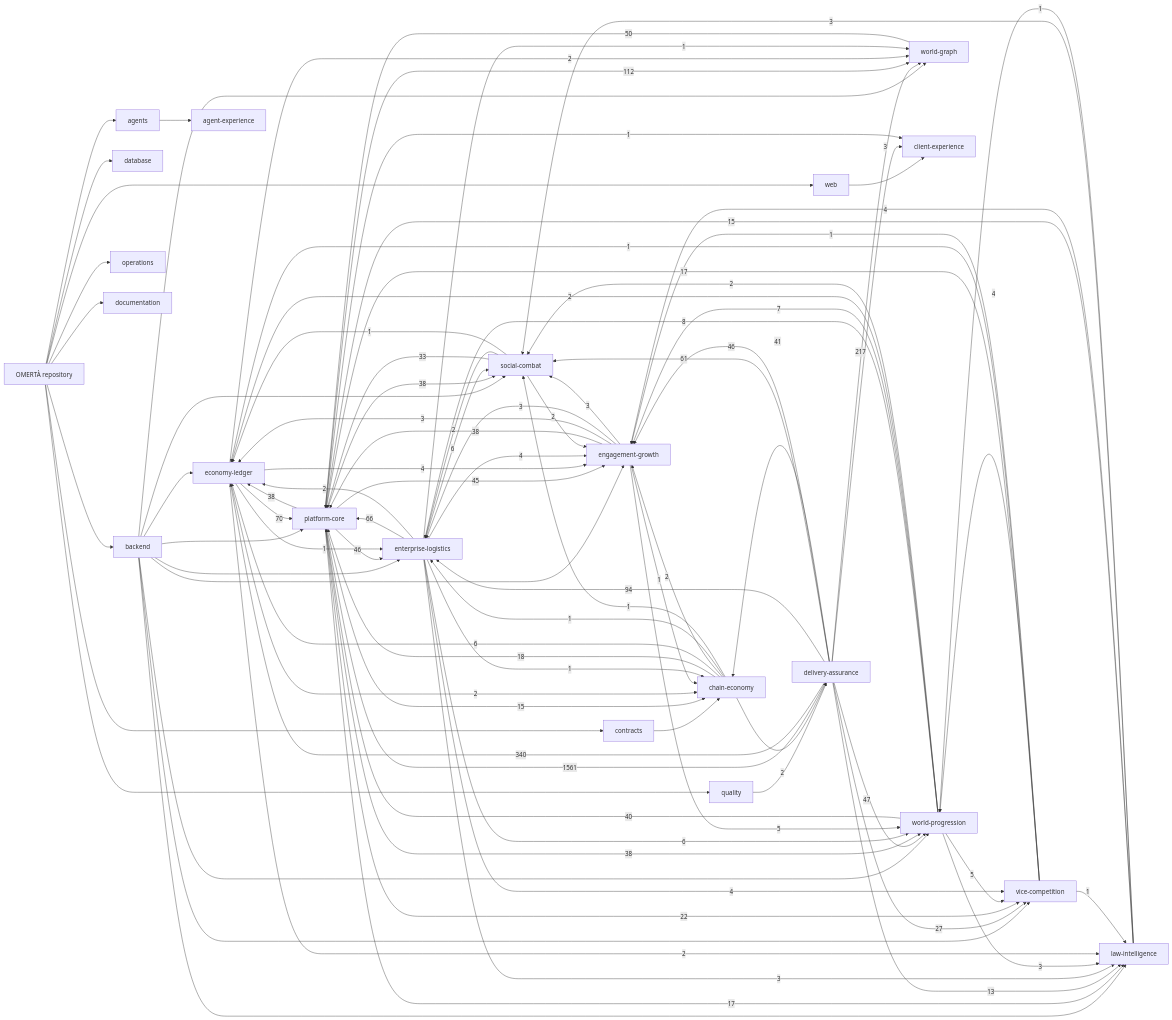
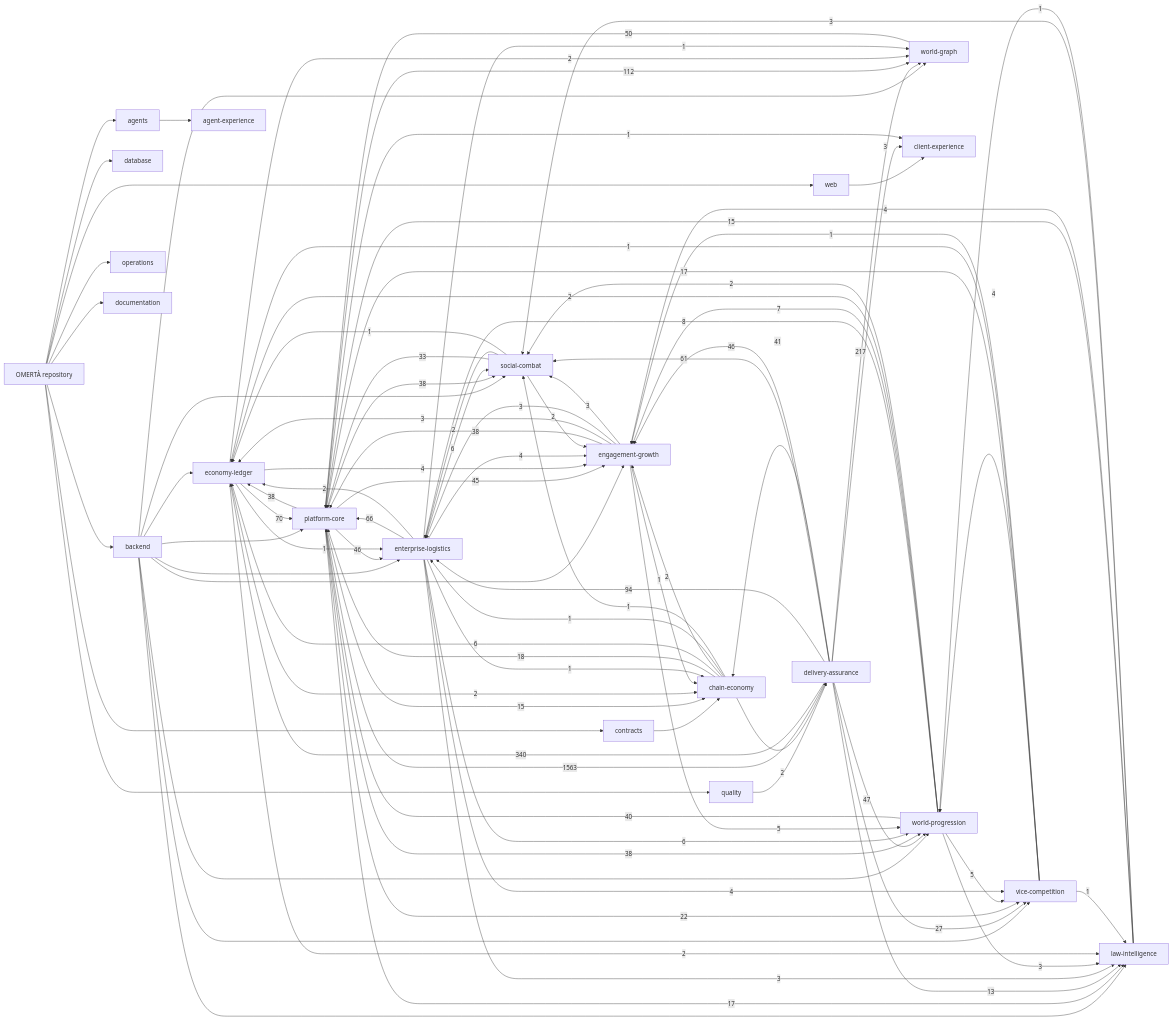
One commit to OmertaDev/Omerta changed the diagram in knowledge/generated/graph.mmd. Above: the diagram before and after it, drawn with Mermaid. The commit also changed 6 other files, not shown here.

```diff
--- a/knowledge/generated/graph.mmd
+++ b/knowledge/generated/graph.mmd
@@ -1,113 +1,113 @@
 flowchart LR
   repo["OMERTÀ repository"]
   sub_backend["backend"]
   repo --> sub_backend
   sub_database["database"]
   repo --> sub_database
   sub_web["web"]
   repo --> sub_web
   sub_contracts["contracts"]
   repo --> sub_contracts
   sub_agents["agents"]
   repo --> sub_agents
   sub_quality["quality"]
   repo --> sub_quality
   sub_operations["operations"]
   repo --> sub_operations
   sub_documentation["documentation"]
   repo --> sub_documentation
   dom_platform-core["platform-core"]
   dom_economy-ledger["economy-ledger"]
   dom_social-combat["social-combat"]
   dom_world-progression["world-progression"]
   dom_world-graph["world-graph"]
   dom_enterprise-logistics["enterprise-logistics"]
   dom_vice-competition["vice-competition"]
   dom_law-intelligence["law-intelligence"]
   dom_chain-economy["chain-economy"]
   dom_engagement-growth["engagement-growth"]
   dom_client-experience["client-experience"]
   dom_agent-experience["agent-experience"]
   dom_delivery-assurance["delivery-assurance"]
   sub_agents --> dom_agent-experience
   sub_backend --> dom_economy-ledger
   sub_backend --> dom_engagement-growth
   sub_backend --> dom_enterprise-logistics
   sub_backend --> dom_law-intelligence
   sub_backend --> dom_platform-core
   sub_backend --> dom_social-combat
   sub_backend --> dom_vice-competition
   sub_backend --> dom_world-graph
   sub_backend --> dom_world-progression
   sub_contracts --> dom_chain-economy
   sub_quality --> dom_delivery-assurance
   sub_web --> dom_client-experience
-  dom_delivery-assurance -->|1561| dom_platform-core
+  dom_delivery-assurance -->|1563| dom_platform-core
   dom_delivery-assurance -->|340| dom_economy-ledger
   dom_delivery-assurance -->|217| dom_world-graph
   dom_platform-core -->|112| dom_world-graph
   dom_delivery-assurance -->|94| dom_enterprise-logistics
   dom_economy-ledger -->|70| dom_platform-core
   dom_enterprise-logistics -->|66| dom_platform-core
   dom_delivery-assurance -->|61| dom_social-combat
   dom_world-graph -->|50| dom_platform-core
   dom_delivery-assurance -->|47| dom_world-progression
   dom_delivery-assurance -->|46| dom_engagement-growth
   dom_platform-core -->|46| dom_enterprise-logistics
   dom_platform-core -->|45| dom_engagement-growth
   dom_delivery-assurance -->|41| dom_chain-economy
   dom_world-progression -->|40| dom_platform-core
   dom_engagement-growth -->|38| dom_platform-core
   dom_platform-core -->|38| dom_economy-ledger
   dom_platform-core -->|38| dom_social-combat
   dom_platform-core -->|38| dom_world-progression
   dom_social-combat -->|33| dom_platform-core
   dom_delivery-assurance -->|27| dom_vice-competition
   dom_platform-core -->|22| dom_vice-competition
   dom_chain-economy -->|18| dom_platform-core
   dom_platform-core -->|17| dom_law-intelligence
   dom_vice-competition -->|17| dom_platform-core
   dom_law-intelligence -->|15| dom_platform-core
   dom_platform-core -->|15| dom_chain-economy
   dom_delivery-assurance -->|13| dom_law-intelligence
   dom_world-progression -->|8| dom_enterprise-logistics
   dom_world-progression -->|7| dom_engagement-growth
   dom_chain-economy -->|6| dom_economy-ledger
   dom_enterprise-logistics -->|6| dom_social-combat
   dom_enterprise-logistics -->|6| dom_world-progression
   dom_engagement-growth -->|5| dom_world-progression
   dom_world-progression -->|5| dom_vice-competition
   dom_economy-ledger -->|4| dom_engagement-growth
   dom_enterprise-logistics -->|4| dom_engagement-growth
   dom_enterprise-logistics -->|4| dom_vice-competition
   dom_law-intelligence -->|4| dom_engagement-growth
   dom_vice-competition -->|4| dom_world-progression
   dom_delivery-assurance -->|3| dom_client-experience
   dom_engagement-growth -->|3| dom_economy-ledger
   dom_engagement-growth -->|3| dom_enterprise-logistics
   dom_engagement-growth -->|3| dom_social-combat
   dom_enterprise-logistics -->|3| dom_law-intelligence
   dom_law-intelligence -->|3| dom_social-combat
   dom_world-progression -->|3| dom_law-intelligence
   dom_chain-economy -->|2| dom_delivery-assurance
   dom_chain-economy -->|2| dom_engagement-growth
   dom_economy-ledger -->|2| dom_chain-economy
   dom_economy-ledger -->|2| dom_law-intelligence
   dom_economy-ledger -->|2| dom_world-graph
   dom_enterprise-logistics -->|2| dom_economy-ledger
   dom_social-combat -->|2| dom_engagement-growth
   dom_social-combat -->|2| dom_enterprise-logistics
   dom_world-progression -->|2| dom_economy-ledger
   dom_world-progression -->|2| dom_social-combat
   dom_chain-economy -->|1| dom_enterprise-logistics
   dom_chain-economy -->|1| dom_social-combat
   dom_economy-ledger -->|1| dom_enterprise-logistics
   dom_engagement-growth -->|1| dom_chain-economy
   dom_enterprise-logistics -->|1| dom_chain-economy
   dom_enterprise-logistics -->|1| dom_world-graph
   dom_law-intelligence -->|1| dom_world-progression
   dom_platform-core -->|1| dom_client-experience
   dom_social-combat -->|1| dom_economy-ledger
   dom_vice-competition -->|1| dom_economy-ledger
   dom_vice-competition -->|1| dom_engagement-growth
   dom_vice-competition -->|1| dom_law-intelligence
```
